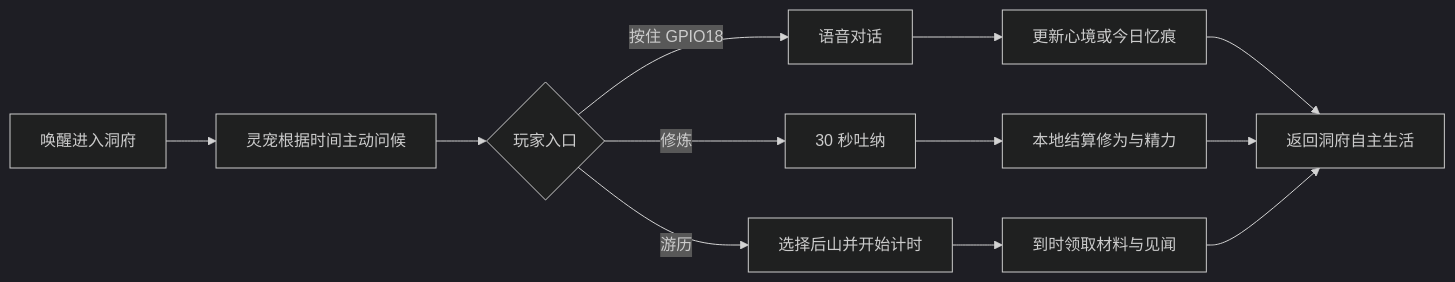
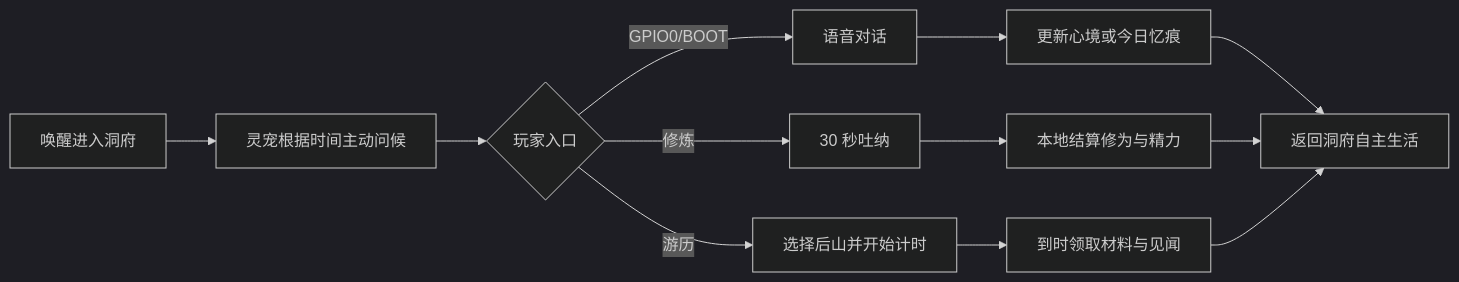
One commit to ZeroCc7/immortal_pet_v2 changed the diagram in docs/gameplay-and-entrypoints.md. Above: the diagram before and after it, drawn with Mermaid (dark theme). The commit also changed other lines of this file and 3 other files, not shown here.

````diff
--- a/docs/gameplay-and-entrypoints.md
+++ b/docs/gameplay-and-entrypoints.md
@@ -177,14 +177,14 @@
 ```mermaid
 flowchart LR
     A["唤醒进入洞府"] --> B["灵宠根据时间主动问候"]
     B --> C{"玩家入口"}
-    C -->|"按住 GPIO18"| D["语音对话"]
+    C -->|"GPIO0/BOOT"| D["语音对话"]
     C -->|"修炼"| E["30 秒吐纳"]
     C -->|"游历"| F["选择后山并开始计时"]
     D --> G["更新心境或今日忆痕"]
     E --> H["本地结算修为与精力"]
     F --> I["到时领取材料与见闻"]
     G --> J["返回洞府自主生活"]
     H --> J
     I --> J
 ```
````
